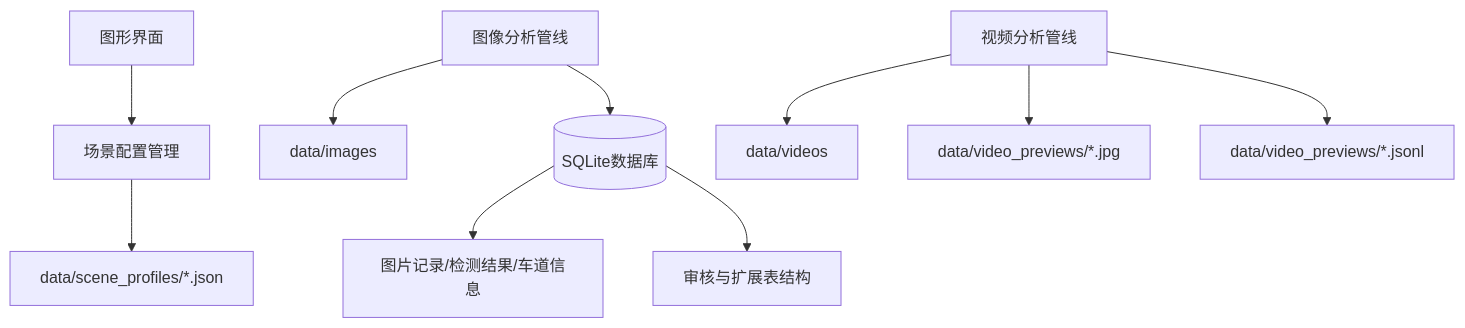
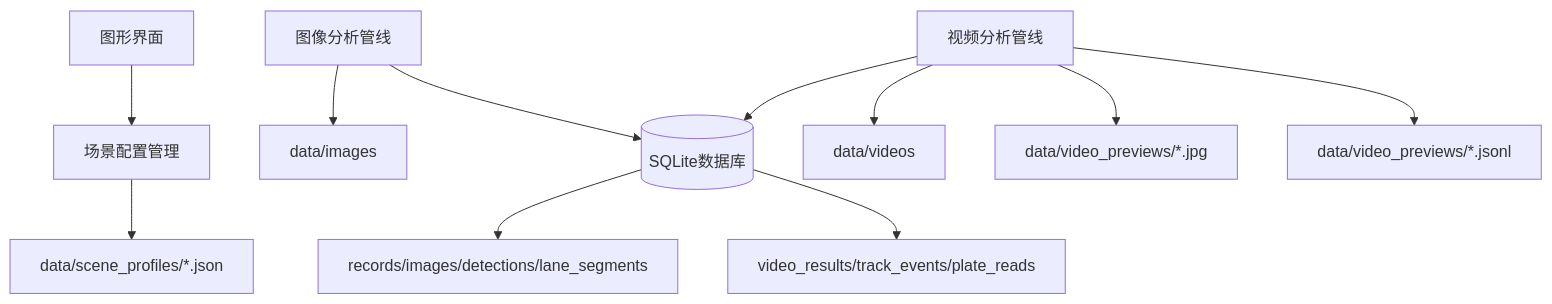
The fourth of 4 diagrams in thesis/chapter4_system_architecture_cn.md (yuhaolin-10/TrafficScan-Deep3DBox), drawn with Mermaid before and after one commit. The commit also changed other lines of this file and 14 other files, not shown here.

````diff
--- a/thesis/chapter4_system_architecture_cn.md
+++ b/thesis/chapter4_system_architecture_cn.md
@@ -139,15 +162,16 @@
 ```mermaid
 flowchart TB
     GUI[图形界面] --> CFG[场景配置管理]
     CFG --> JSON[data/scene_profiles/*.json]
 
     IMGPIPE[图像分析管线] --> IMG[data/images]
     IMGPIPE --> DB[(SQLite数据库)]
 
     VIDPIPE[视频分析管线] --> MP4[data/videos]
     VIDPIPE --> PREJPG[data/video_previews/*.jpg]
     VIDPIPE --> META[data/video_previews/*.jsonl]
+    VIDPIPE --> DB
 
-    DB --> T1[图片记录/检测结果/车道信息]
-    DB --> T2[审核与扩展表结构]
+    DB --> T1[records/images/detections/lane_segments]
+    DB --> T2[video_results/track_events/plate_reads]
 ```
````
